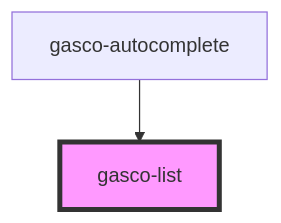
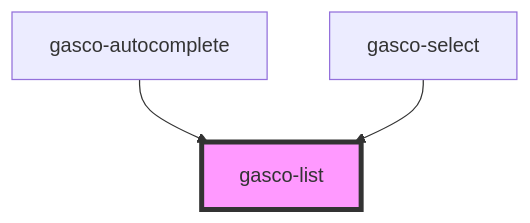
One commit to lac617a/gasco-core changed the diagram in core/src/components/gasco-list/readme.md. Above: the diagram before and after it, drawn with Mermaid. The commit also changed other lines of this file and 14 other files, not shown here.

````diff
--- a/core/src/components/gasco-list/readme.md
+++ b/core/src/components/gasco-list/readme.md
@@ -23,5 +24,6 @@
 ```mermaid
 graph TD;
   gasco-autocomplete --> gasco-list
+  gasco-select --> gasco-list
   style gasco-list fill:#f9f,stroke:#333,stroke-width:4px
 ```
````
